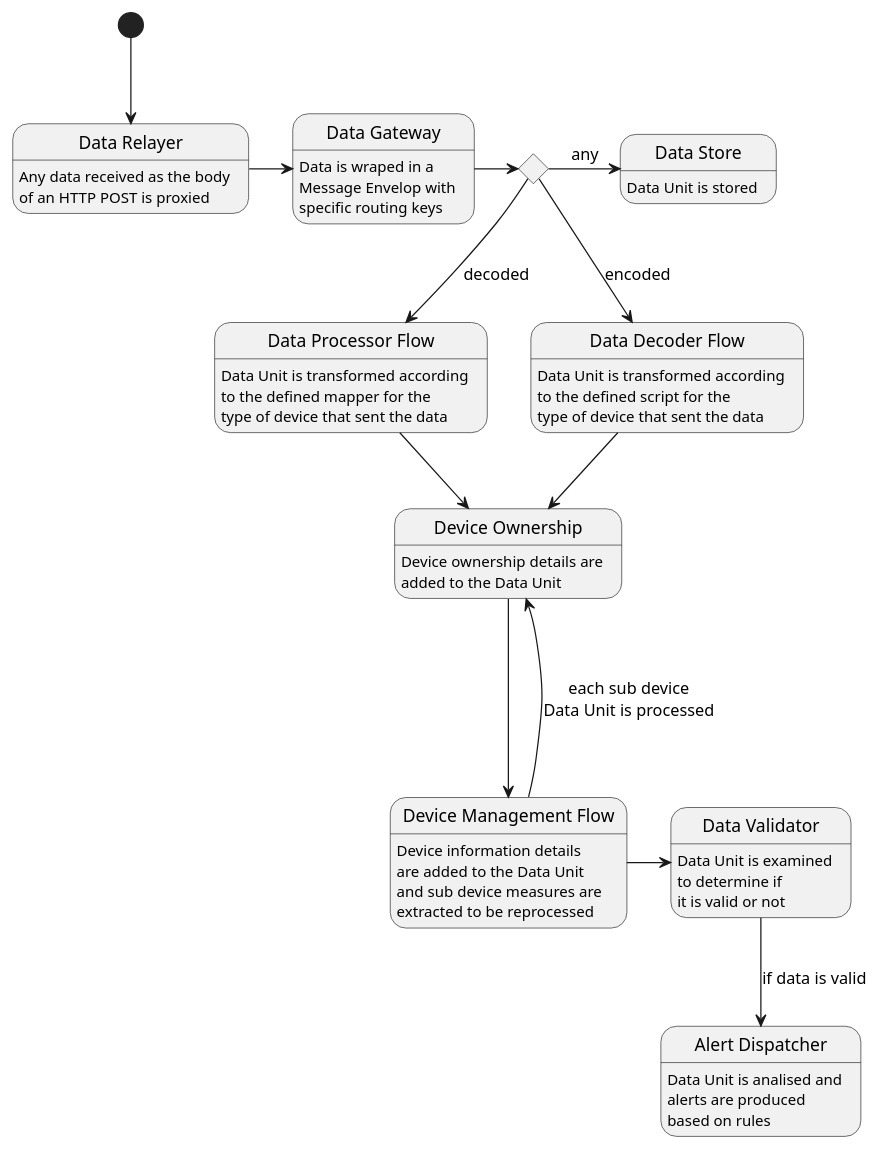
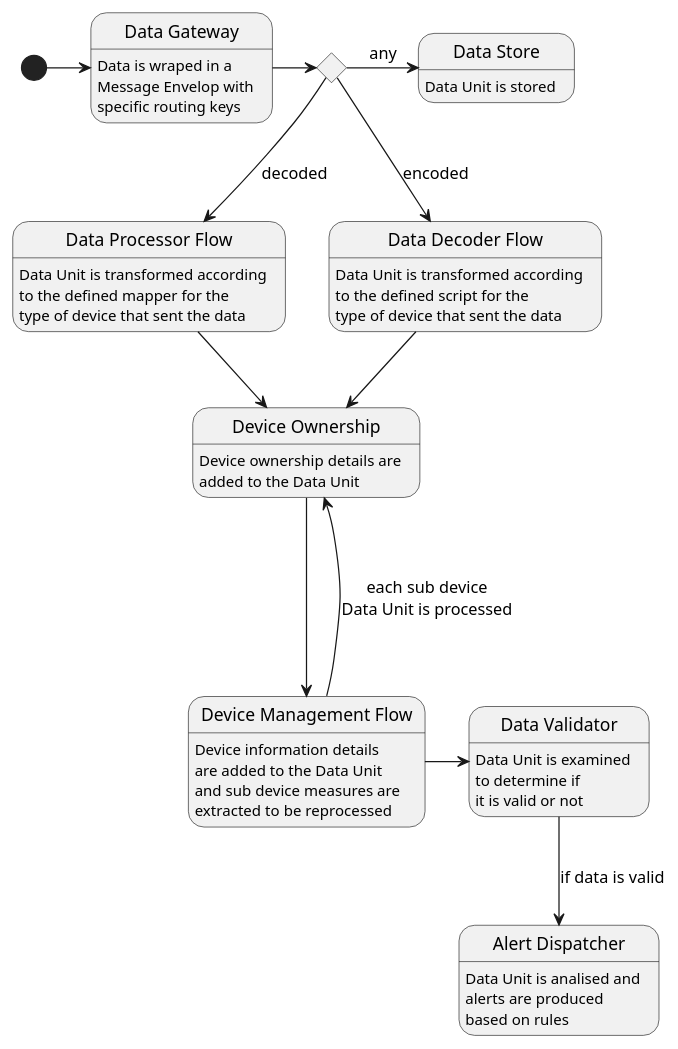
The diagram in assets/diagrams/design/architectural/level2/process/data-flow-scope.pu (FilipeMCruz/dissertation), drawn with PlantUML before and after one commit. The commit also changed 296 other files, not shown here.

```diff
--- a/assets/diagrams/design/architectural/level2/process/data-flow-scope.pu
+++ b/assets/diagrams/design/architectural/level2/process/data-flow-scope.pu
@@ -1,65 +1,60 @@
 @startuml data-flow-scope
 
-state "Data Relayer" as DataRelayer
 state "Data Gateway" as DataGateway
 state decoded_or_encoded <<choice>>
 state "Data Processor Flow" as Processor
 state "Data Store" as DataStore
 state "Data Decoder Flow" as Decoder
 state "Device Ownership" as Identity
 state "Data Validator" as Validator
 state "Device Management Flow" as Device
 state "Alert Dispatcher" as Alert
 
 DataStore: Data Unit is stored
-
-DataRelayer : Any data received as the body
-DataRelayer : of an HTTP POST is proxied
 
 DataGateway : Data is wraped in a
 DataGateway : Message Envelop with
 DataGateway : specific routing keys
 
 Processor : Data Unit is transformed according
 Processor : to the defined mapper for the
 Processor : type of device that sent the data
 
 Decoder : Data Unit is transformed according
 Decoder : to the defined script for the
 Decoder : type of device that sent the data
 
 Identity : Device ownership details are
 Identity : added to the Data Unit
 
 Device : Device information details
 Device : are added to the Data Unit
 Device : and sub device measures are 
 Device : extracted to be reprocessed
 
 Validator : Data Unit is examined 
 Validator : to determine if
 Validator : it is valid or not
 
 Alert: Data Unit is analised and
 Alert: alerts are produced
 Alert: based on rules
 
-[*] --> DataRelayer
-DataRelayer -> DataGateway
+[*] -> DataGateway
 DataGateway -> decoded_or_encoded
 decoded_or_encoded --> Processor : decoded
 decoded_or_encoded --> Decoder : encoded
 Decoder --> Identity
 Processor --> Identity
 
 decoded_or_encoded -> DataStore : any 
 
 Identity --> Device
 
 Device -> Validator
 
 Device ---> Identity : each sub device\nData Unit is processed
 
 Validator --> Alert : if data is valid
 
 @enduml
```
